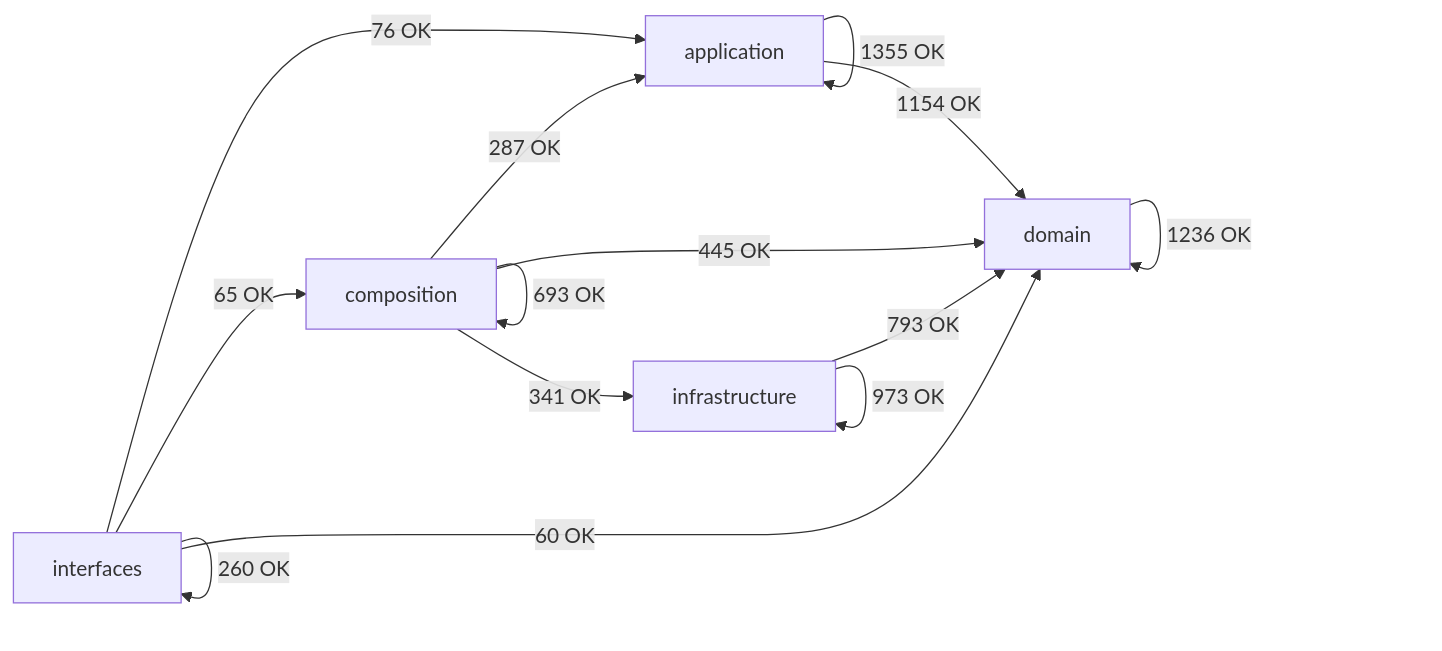
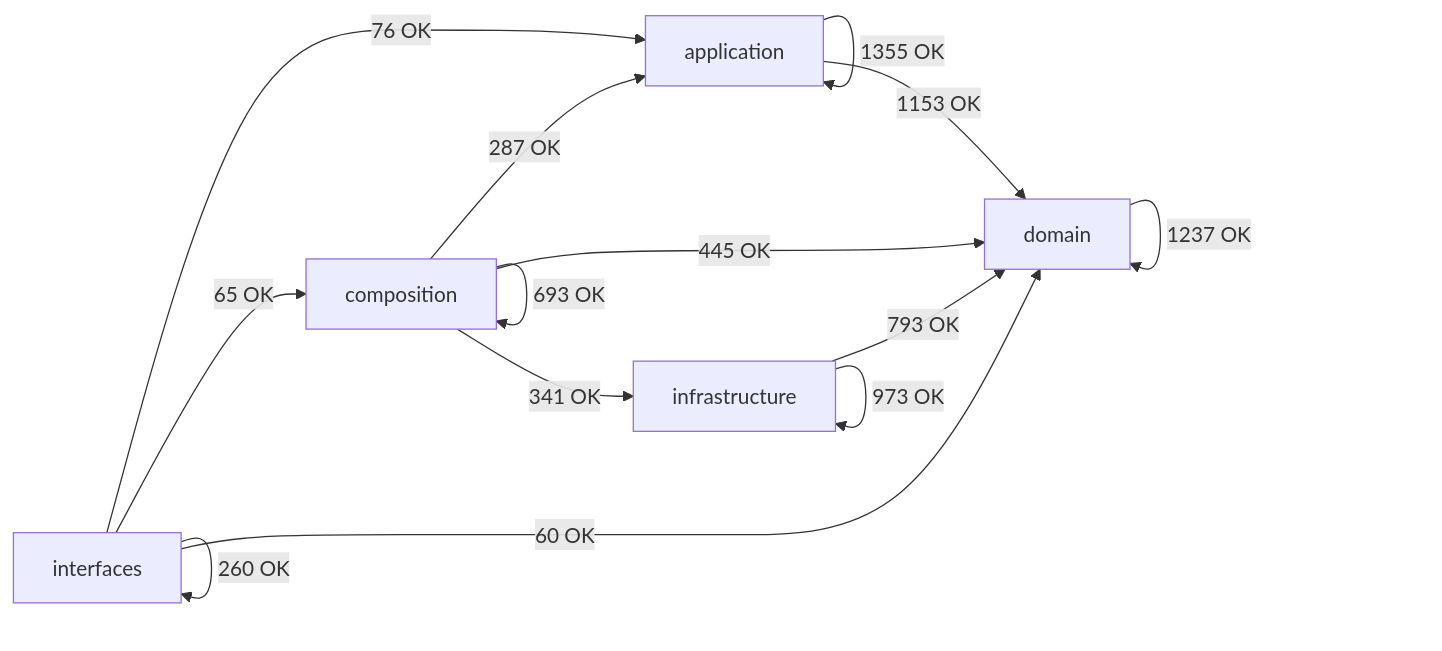
The diagram in docs/02-architecture/generated/module-dependency-map.md (SatoryKono/BioactivityDataAcquisition), drawn with Mermaid before and after one commit. The commit also changed other lines of this file and 46 other files, not shown here.

````diff
--- a/docs/02-architecture/generated/module-dependency-map.md
+++ b/docs/02-architecture/generated/module-dependency-map.md
@@ -17,21 +17,21 @@
 ```mermaid
 flowchart LR
     domain[domain]
     application[application]
     infrastructure[infrastructure]
     composition[composition]
     interfaces[interfaces]
     application -->|1355 OK| application
-    application -->|1154 OK| domain
+    application -->|1153 OK| domain
     composition -->|287 OK| application
     composition -->|693 OK| composition
     composition -->|445 OK| domain
     composition -->|341 OK| infrastructure
-    domain -->|1236 OK| domain
+    domain -->|1237 OK| domain
     infrastructure -->|793 OK| domain
     infrastructure -->|973 OK| infrastructure
     interfaces -->|76 OK| application
     interfaces -->|65 OK| composition
     interfaces -->|60 OK| domain
     interfaces -->|260 OK| interfaces
 ```
````
